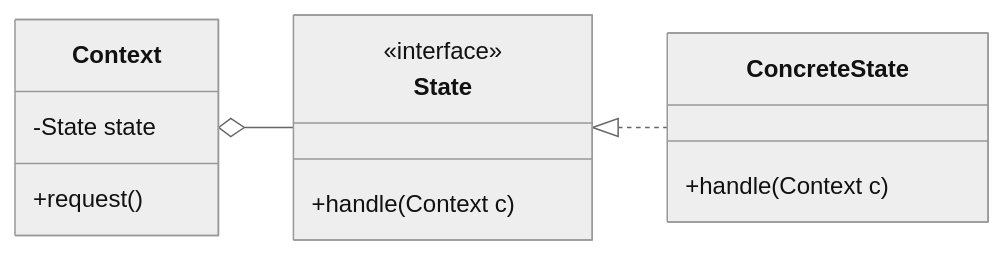
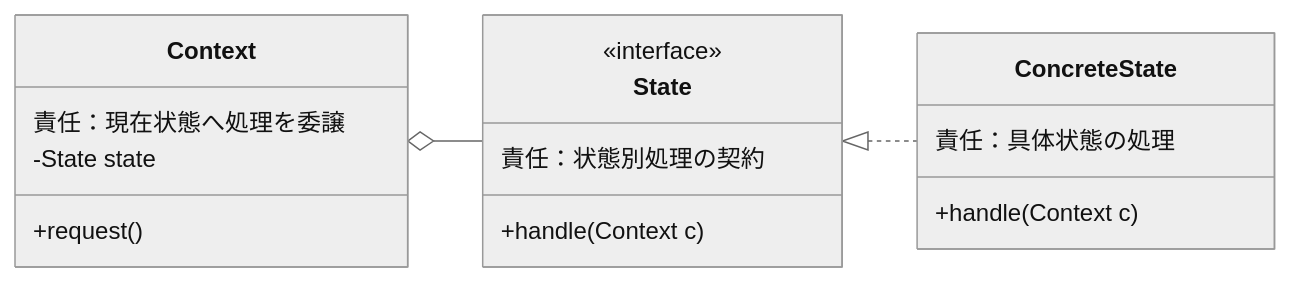
Diagram 26 of 26 in kindle/design-patterns/books/volume01-core-patterns/output/04-chapter02.md (kumachan1101-pixel/DesignPattern), drawn with Mermaid (neutral theme) before and after one commit. The commit also changed other lines of this file and 12 other files, not shown here.

````diff
--- a/kindle/design-patterns/books/volume01-core-patterns/output/04-chapter02.md
+++ b/kindle/design-patterns/books/volume01-core-patterns/output/04-chapter02.md
@@ -3053,17 +3045,20 @@
 ```mermaid
 classDiagram
     direction LR
     class Context {
+        責任：現在状態へ処理を委譲
         -State state
         +request()
     }
     class State {
         <<interface>>
+        責任：状態別処理の契約
         +handle(Context c)
     }
     class ConcreteState {
+        責任：具体状態の処理
         +handle(Context c)
     }
     Context o-- State
     State <|.. ConcreteState
 ```
````
